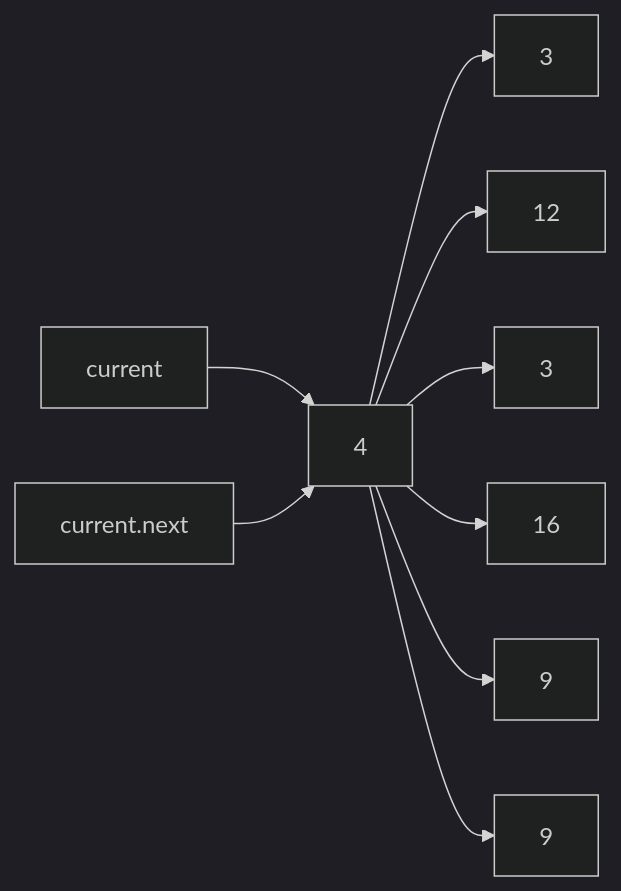
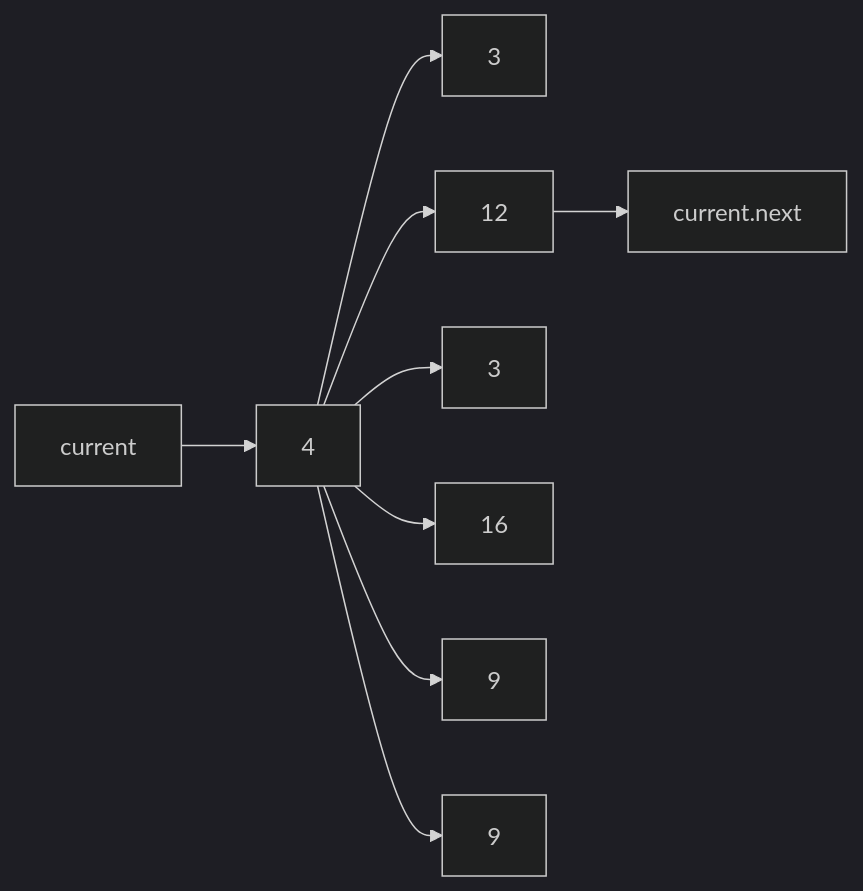
Before and after one commit to Jeffrey-S-Smith/reading-notes-401: the fifth of 5 diagrams in remove-duplicates-from-a-linked-list.md, drawn with Mermaid (dark theme).

````diff
--- a/remove-duplicates-from-a-linked-list.md
+++ b/remove-duplicates-from-a-linked-list.md
@@ -67,9 +67,9 @@
 ```mermaid
     flowchart LR
    current --> A[4] --> B[3]
-    current.next --> A --> C[12]
+    A --> C[12] --> current.next
     A --> D[3] 
     A --> E[16]
     A --> F[9]
     A --> G[9] 
    ```
````
